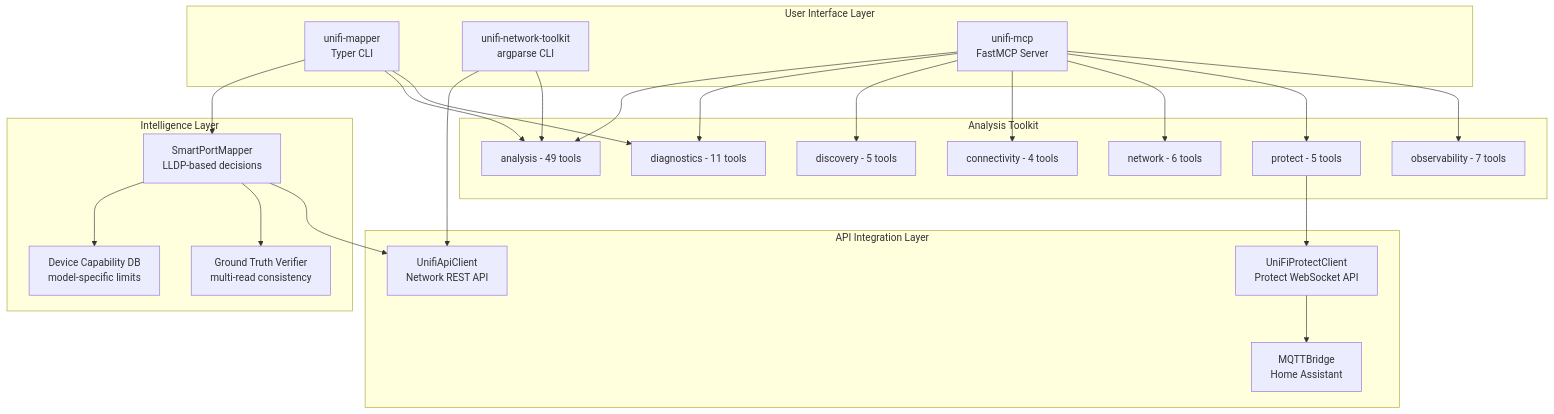
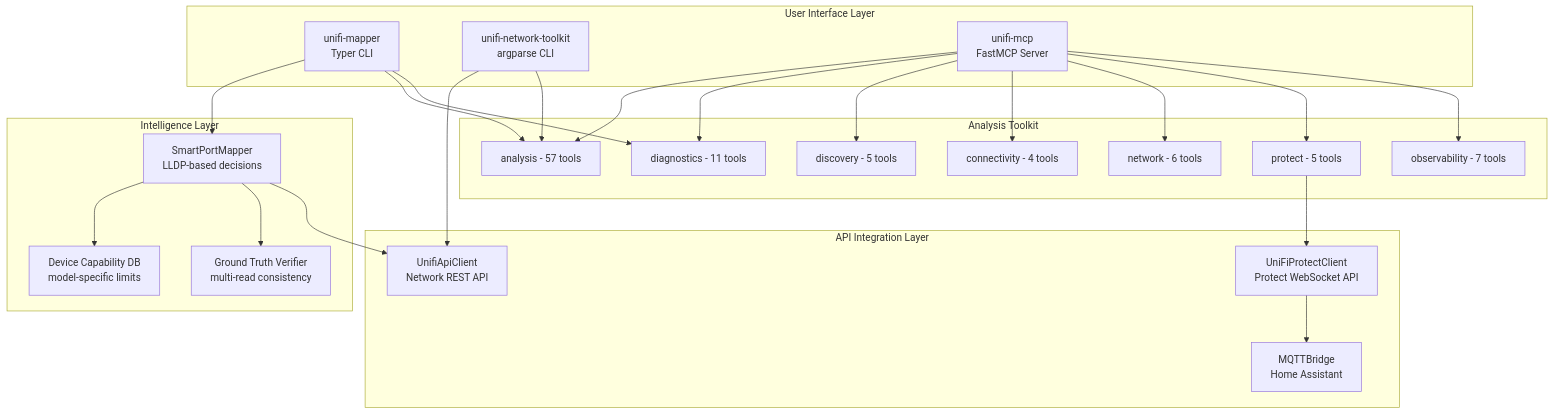
Before and after one commit to NetDevAutomate/unifi_management_cli: diagram 20 of 20 in docs/guides/use-cases-and-howto.md, drawn with Mermaid. The commit also changed other lines of this file and 35 other files, not shown here.

````diff
--- a/docs/guides/use-cases-and-howto.md
+++ b/docs/guides/use-cases-and-howto.md
@@ -1958,50 +1958,50 @@
 ```mermaid
 flowchart TB
     subgraph UI["User Interface Layer"]
         A[unifi-mapper<br/>Typer CLI]
         B[unifi-network-toolkit<br/>argparse CLI]
         C[unifi-mcp<br/>FastMCP Server]
     end
 
     subgraph Intel["Intelligence Layer"]
         D[SmartPortMapper<br/>LLDP-based decisions]
         E[Device Capability DB<br/>model-specific limits]
         F[Ground Truth Verifier<br/>multi-read consistency]
     end
 
     subgraph Analysis["Analysis Toolkit"]
-        G[analysis - 49 tools]
+        G[analysis - 57 tools]
         H[diagnostics - 11 tools]
         I[discovery - 5 tools]
         J[connectivity - 4 tools]
         K[network - 6 tools]
         L[protect - 5 tools]
         P[observability - 7 tools]
     end
 
     subgraph API["API Integration Layer"]
         M[UnifiApiClient<br/>Network REST API]
         N[UniFiProtectClient<br/>Protect WebSocket API]
         O[MQTTBridge<br/>Home Assistant]
     end
 
     A --> D
     A --> G
     A --> H
     B --> M
     B --> G
     C --> G
     C --> H
     C --> I
     C --> J
     C --> K
     C --> L
     C --> P
 
     D --> E
     D --> F
     D --> M
 
     L --> N
     N --> O
 ```
````
